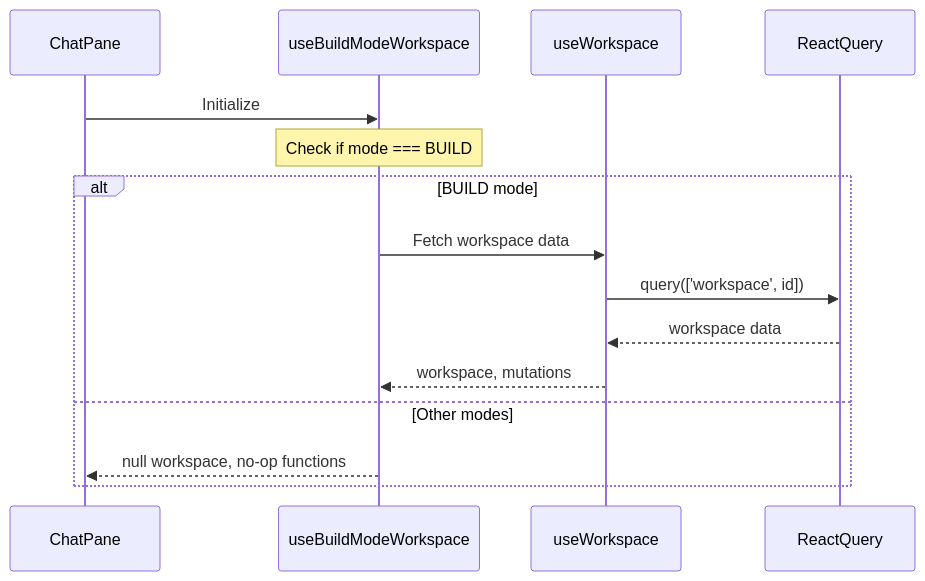
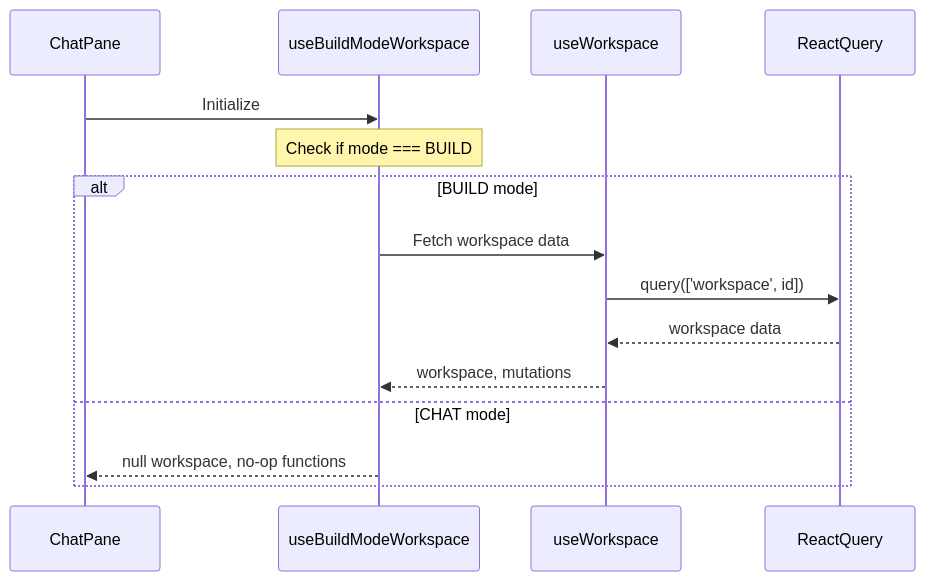
The fifth of 5 diagrams in docs/state-management.md (astral-matrix/ai-creator-app), drawn with Mermaid before and after one commit. The commit also changed other lines of this file and 17 other files, not shown here.

````diff
--- a/docs/state-management.md
+++ b/docs/state-management.md
@@ -132,18 +203,18 @@
 ```mermaid
 sequenceDiagram
     participant ChatPane
     participant useBuildModeWorkspace
     participant useWorkspace
     participant ReactQuery
 
     ChatPane->>useBuildModeWorkspace: Initialize
     Note over useBuildModeWorkspace: Check if mode === BUILD
     alt BUILD mode
         useBuildModeWorkspace->>useWorkspace: Fetch workspace data
         useWorkspace->>ReactQuery: query(['workspace', id])
         ReactQuery-->>useWorkspace: workspace data
         useWorkspace-->>useBuildModeWorkspace: workspace, mutations
-    else Other modes
+    else CHAT mode
         useBuildModeWorkspace-->>ChatPane: null workspace, no-op functions
     end
 ```
````
